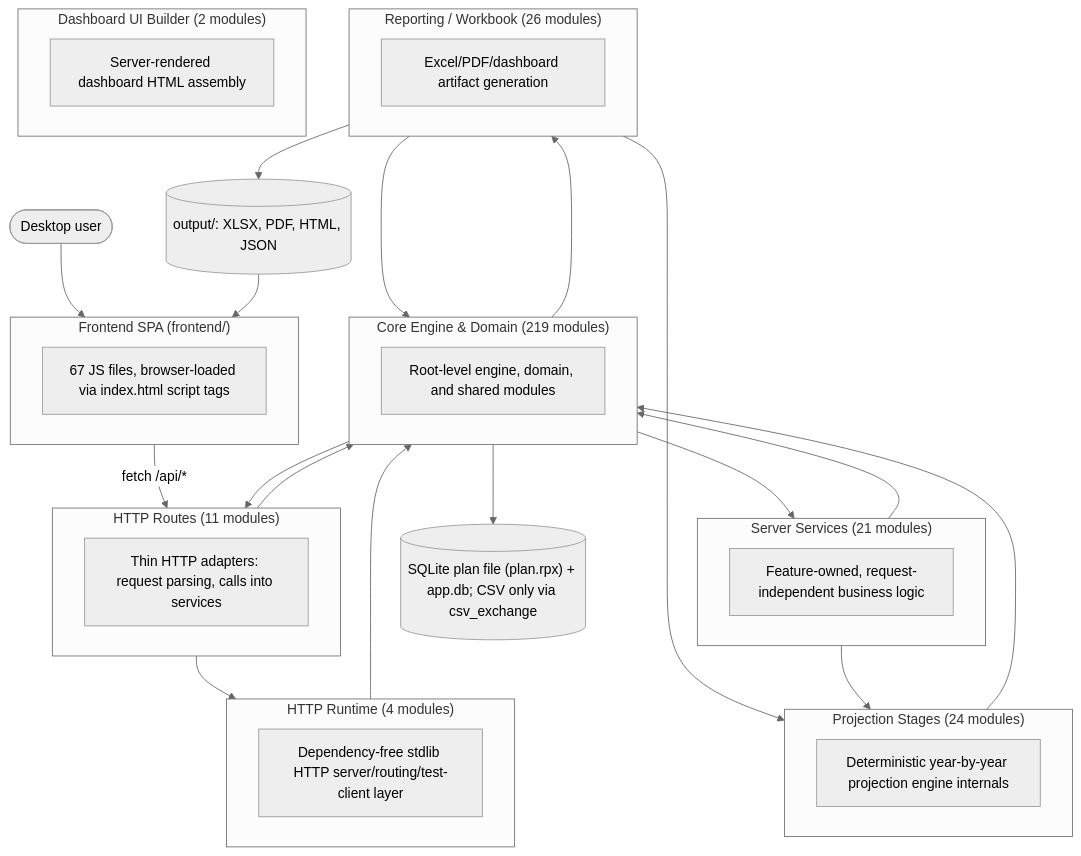
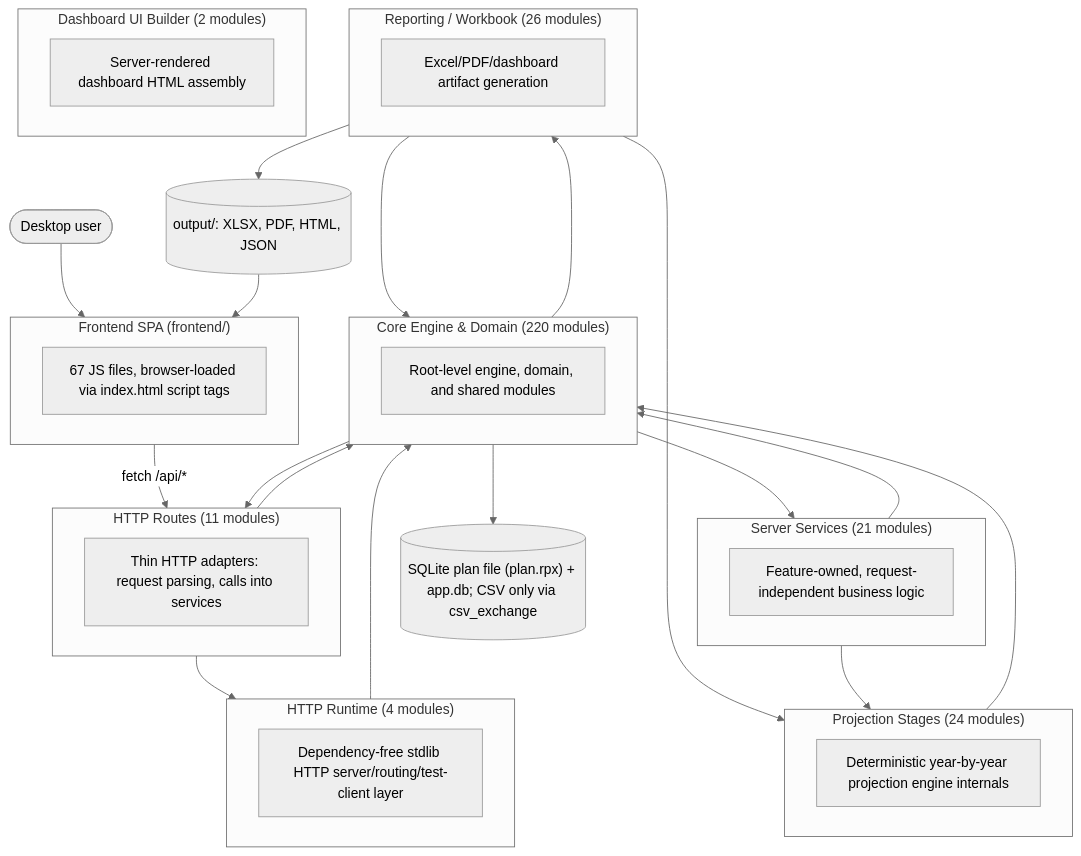
One commit to matthartzman/retirement_system changed the first of 2 diagrams in documentation/reference/SYSTEM_ARCHITECTURE_DIAGRAM.md. Above: the diagram before and after it, drawn with Mermaid (neutral theme). The commit also changed other lines of this file, not shown here.

Commit message:
Regenerate architecture diagram after rebase
Claude-Session: https://claude.ai/code/session_011P6aTnAqDCXJicTUghWxPp

````diff
--- a/documentation/reference/SYSTEM_ARCHITECTURE_DIAGRAM.md
+++ b/documentation/reference/SYSTEM_ARCHITECTURE_DIAGRAM.md
@@ -11,43 +11,43 @@
 ```mermaid
 flowchart TB
     User(["Desktop user"]) --> FE
     subgraph FE["Frontend SPA (frontend/)"]
         FEcount["67 JS files, browser-loaded via index.html script tags"]
     end
     FE -->|fetch /api/*| L_HTTP_Routes
     subgraph L_HTTP_Routes["HTTP Routes (11 modules)"]
         L_HTTP_Routes_d["Thin HTTP adapters: request parsing, calls into services"]
     end
     subgraph L_Server_Services["Server Services (21 modules)"]
         L_Server_Services_d["Feature-owned, request-independent business logic"]
     end
     subgraph L_HTTP_Runtime["HTTP Runtime (4 modules)"]
         L_HTTP_Runtime_d["Dependency-free stdlib HTTP server/routing/test-client layer"]
     end
-    subgraph L_Core_Engine___Domain["Core Engine & Domain (219 modules)"]
+    subgraph L_Core_Engine___Domain["Core Engine & Domain (220 modules)"]
         L_Core_Engine___Domain_d["Root-level engine, domain, and shared modules"]
     end
     subgraph L_Projection_Stages["Projection Stages (24 modules)"]
         L_Projection_Stages_d["Deterministic year-by-year projection engine internals"]
     end
     subgraph L_Reporting___Workbook["Reporting / Workbook (26 modules)"]
         L_Reporting___Workbook_d["Excel/PDF/dashboard artifact generation"]
     end
     subgraph L_Dashboard_UI_Builder["Dashboard UI Builder (2 modules)"]
         L_Dashboard_UI_Builder_d["Server-rendered dashboard HTML assembly"]
     end
     L_Core_Engine___Domain --> L_HTTP_Routes
     L_Core_Engine___Domain --> L_Reporting___Workbook
     L_Core_Engine___Domain --> L_Server_Services
     L_HTTP_Routes --> L_Core_Engine___Domain
     L_HTTP_Routes --> L_HTTP_Runtime
     L_HTTP_Runtime --> L_Core_Engine___Domain
     L_Projection_Stages --> L_Core_Engine___Domain
     L_Reporting___Workbook --> L_Core_Engine___Domain
     L_Reporting___Workbook --> L_Projection_Stages
     L_Server_Services --> L_Core_Engine___Domain
     L_Server_Services --> L_Projection_Stages
     L_Core_Engine___Domain --> DB[("SQLite plan file (plan.rpx) + app.db; CSV only via csv_exchange")]
     L_Reporting___Workbook --> Outputs[("output/: XLSX, PDF, HTML, JSON")]
     Outputs --> FE
 ```
````
